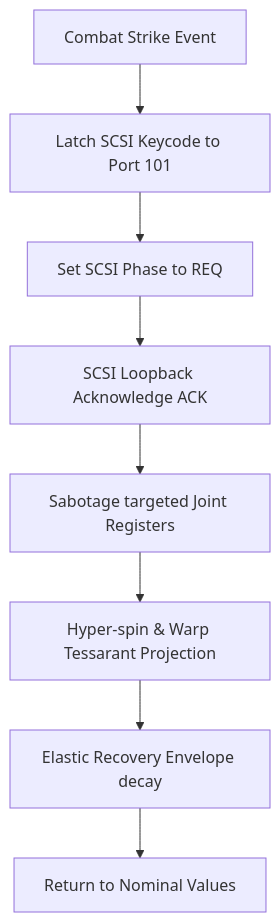
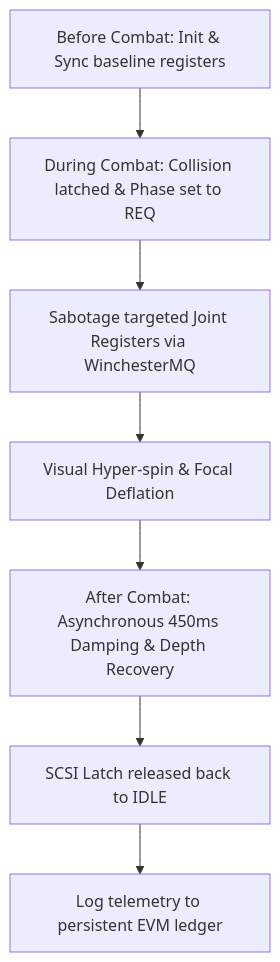
The diagram in lore/tessarant_combat_physics.md (busytoby/atropa_pulsechain), drawn with Mermaid before and after one commit. The commit also changed other lines of this file, not shown here.

Commit message:
Expand lore document with detailed WinchesterMQ lifecycles for tessarant combat phases

````diff
--- a/lore/tessarant_combat_physics.md
+++ b/lore/tessarant_combat_physics.md
@@ -50,10 +63,9 @@
 ```mermaid
 graph TD
-    A[Combat Strike Event] --> B[Latch SCSI Keycode to Port 101]
-    B --> C[Set SCSI Phase to REQ]
-    C --> D[SCSI Loopback Acknowledge ACK]
-    D --> E[Sabotage targeted Joint Registers]
-    E --> F[Hyper-spin & Warp Tessarant Projection]
-    F --> G[Elastic Recovery Envelope decay]
-    G --> H[Return to Nominal Values]
+    A[Before Combat: Init & Sync baseline registers] --> B[During Combat: Collision latched & Phase set to REQ]
+    B --> C[Sabotage targeted Joint Registers via WinchesterMQ]
+    C --> D[Visual Hyper-spin & Focal Deflation]
+    D --> E[After Combat: Asynchronous 450ms Damping & Depth Recovery]
+    E --> F[SCSI Latch released back to IDLE]
+    F --> G[Log telemetry to persistent EVM ledger]
 ```
````
